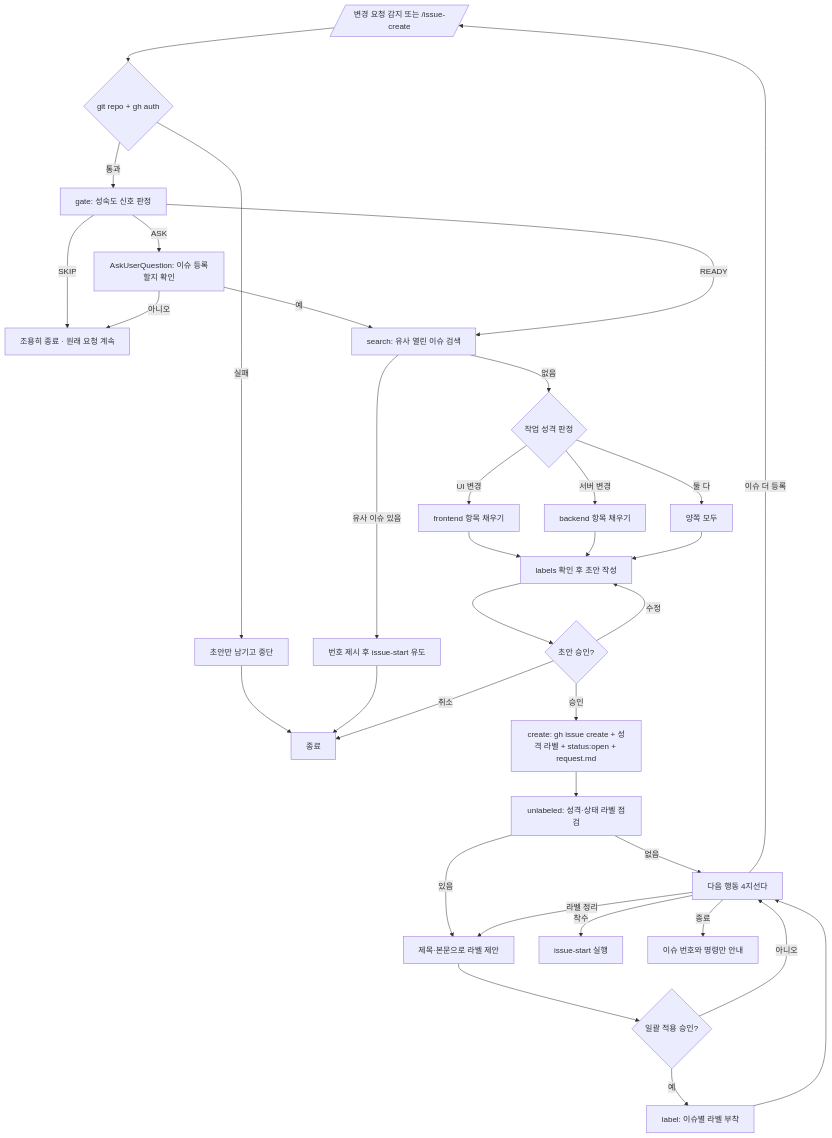
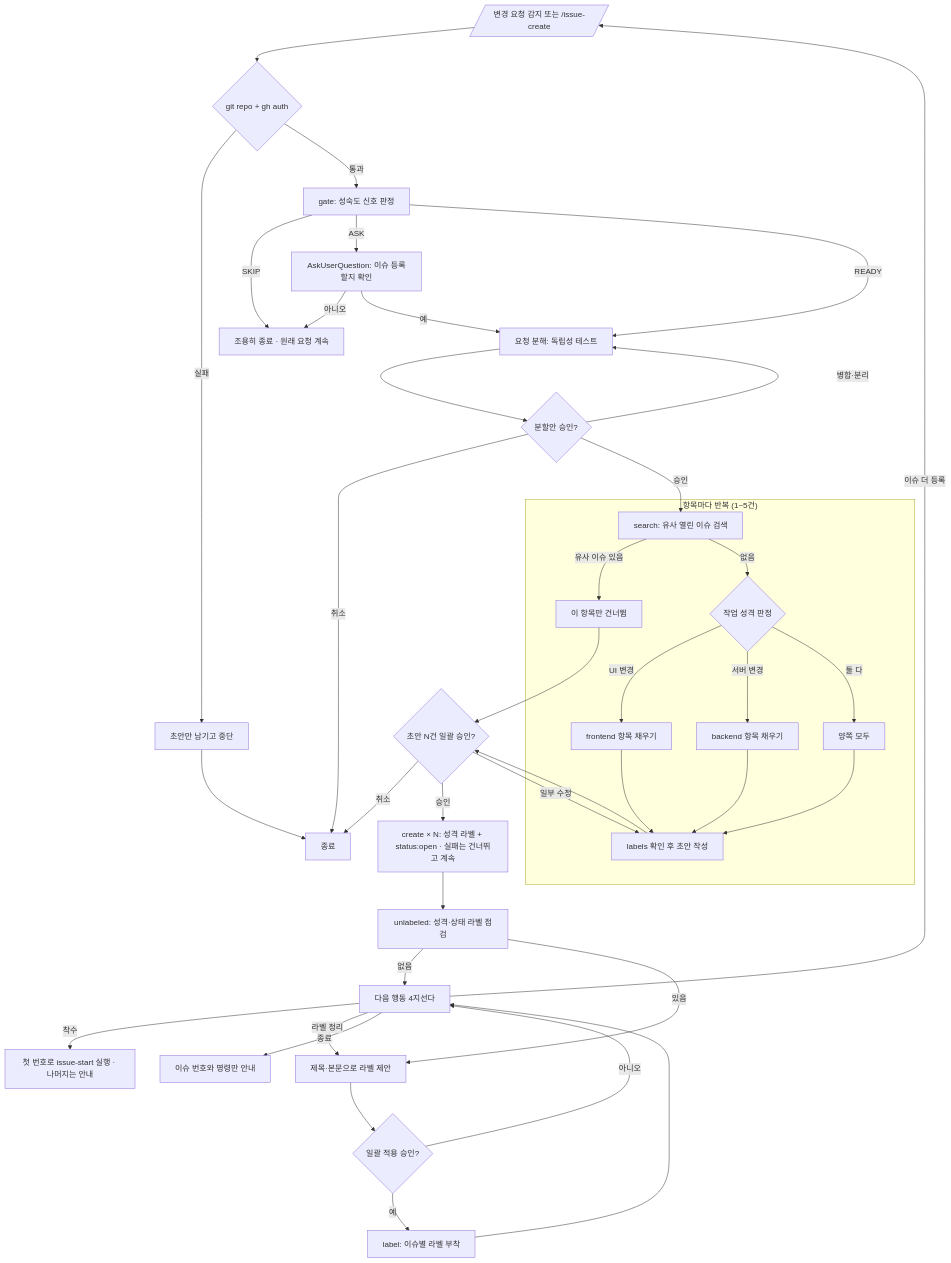
The diagram in .codex/skills/issue-create/SKILL.md (Mineru98/skills-store), drawn with Mermaid before and after one commit. The commit also changed other lines of this file and 9 other files, not shown here.

First line of the commit message:
feat(issue-create): 복합 요청을 이슈 여러 건으로 나눈다 (#19)

````diff
--- a/.codex/skills/issue-create/SKILL.md
+++ b/.codex/skills/issue-create/SKILL.md
@@ -70,41 +77,47 @@
 ```mermaid
 flowchart TD
     A[/"변경 요청 감지 또는 /issue-create"/] --> B{git repo + gh auth}
     B -- 실패 --> B1[초안만 남기고 중단] --> Z0[종료]
     B -- 통과 --> C[gate: 성숙도 신호 판정]
 
     C -->|SKIP| Z1[조용히 종료 · 원래 요청 계속]
     C -->|ASK| C1[AskUserQuestion: 이슈 등록할지 확인]
     C1 -- 아니오 --> Z1
-    C1 -- 예 --> D
-    C -->|READY| D[search: 유사 열린 이슈 검색]
+    C1 -- 예 --> S
+    C -->|READY| S[요청 분해: 독립성 테스트]
 
-    D -- 유사 이슈 있음 --> D1[번호 제시 후 issue-start 유도] --> Z0
-    D -- 없음 --> E{작업 성격 판정}
+    S --> S1{분할안 승인?}
+    S1 -- 병합·분리 --> S
+    S1 -- 취소 --> Z0
+    S1 -- 승인 --> D
 
-    E -->|UI 변경| F1[frontend 항목 채우기]
-    E -->|서버 변경| F2[backend 항목 채우기]
-    E -->|둘 다| F3[양쪽 모두]
+    subgraph PER["항목마다 반복 (1~5건)"]
+      D[search: 유사 열린 이슈 검색] -- 유사 이슈 있음 --> D1[이 항목만 건너뜀]
+      D -- 없음 --> E{작업 성격 판정}
+      E -->|UI 변경| F1[frontend 항목 채우기]
+      E -->|서버 변경| F2[backend 항목 채우기]
+      E -->|둘 다| F3[양쪽 모두]
+      F1 --> G[labels 확인 후 초안 작성]
+      F2 --> G
+      F3 --> G
+    end
 
-    F1 --> G[labels 확인 후 초안 작성]
-    F2 --> G
-    F3 --> G
-
-    G --> H{초안 승인?}
-    H -- 수정 --> G
+    D1 --> H
+    G --> H{초안 N건 일괄 승인?}
+    H -- 일부 수정 --> G
     H -- 취소 --> Z0
-    H -- 승인 --> I[create: gh issue create + 성격 라벨 + status:open + request.md]
+    H -- 승인 --> I[create × N: 성격 라벨 + status:open · 실패는 건너뛰고 계속]
 
     I --> M[unlabeled: 성격·상태 라벨 점검]
     M -- 없음 --> J
     M -- 있음 --> M1[제목·본문으로 라벨 제안]
     M1 --> M2{일괄 적용 승인?}
     M2 -- 아니오 --> J
     M2 -- 예 --> M3[label: 이슈별 라벨 부착] --> J
 
     J[다음 행동 4지선다]
-    J -->|착수| K[issue-start 실행]
+    J -->|착수| K[첫 번호로 issue-start 실행 · 나머지는 안내]
     J -->|이슈 더 등록| A
     J -->|라벨 정리| M1
     J -->|종료| L[이슈 번호와 명령만 안내]
 ```
````
